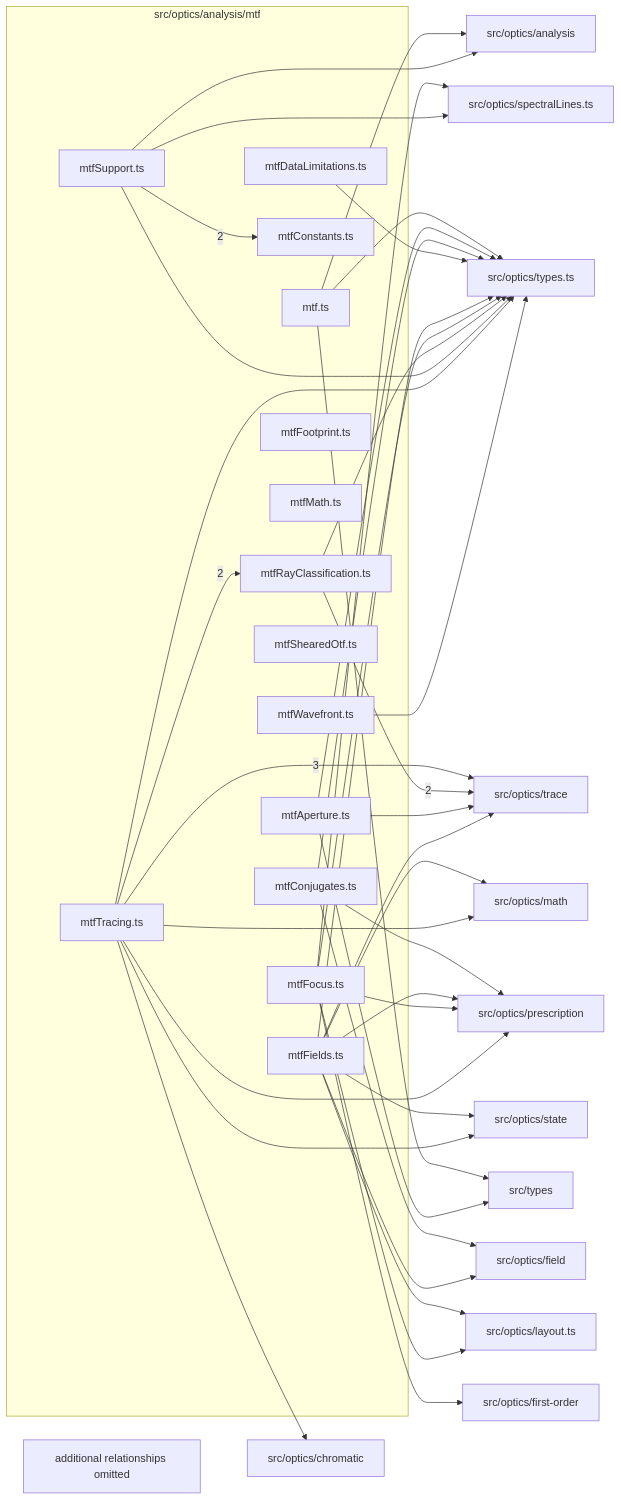
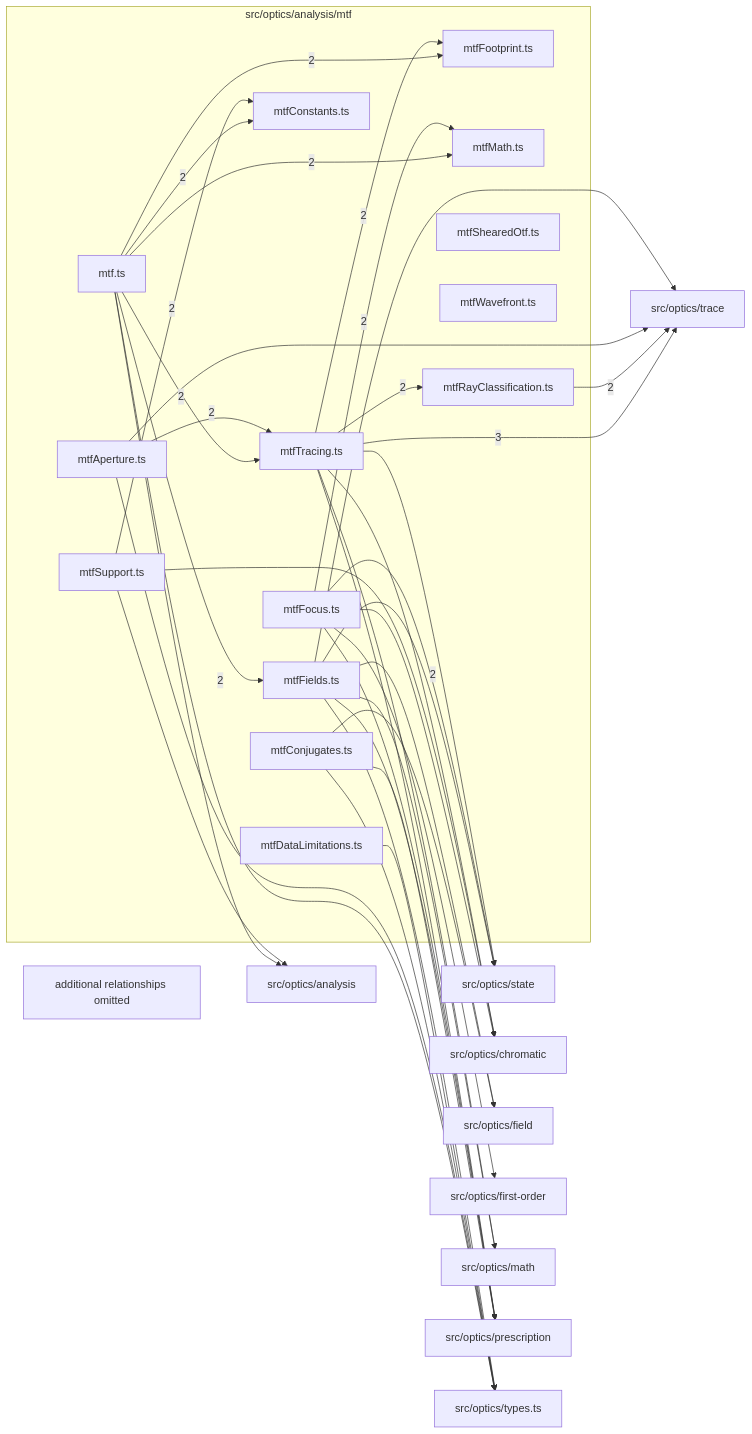
Before and after one commit to ronbuening/LensVisualizer: the diagram in src/optics/analysis/mtf/readme.md, drawn with Mermaid. The commit also changed other lines of this file and 439 other files, not shown here.

````diff
--- a/src/optics/analysis/mtf/readme.md
+++ b/src/optics/analysis/mtf/readme.md
@@ -9,68 +9,65 @@
 ```mermaid
 flowchart LR
   subgraph n_src_optics_analysis_mtf["src/optics/analysis/mtf"]
     n_src_optics_analysis_mtf_src_optics_analysis_mtf_mtf_ts["mtf.ts"]
     n_src_optics_analysis_mtf_src_optics_analysis_mtf_mtfAperture_ts["mtfAperture.ts"]
     n_src_optics_analysis_mtf_src_optics_analysis_mtf_mtfConjugates_ts["mtfConjugates.ts"]
     n_src_optics_analysis_mtf_src_optics_analysis_mtf_mtfConstants_ts["mtfConstants.ts"]
     n_src_optics_analysis_mtf_src_optics_analysis_mtf_mtfDataLimitations_ts["mtfDataLimitations.ts"]
     n_src_optics_analysis_mtf_src_optics_analysis_mtf_mtfFields_ts["mtfFields.ts"]
     n_src_optics_analysis_mtf_src_optics_analysis_mtf_mtfFocus_ts["mtfFocus.ts"]
     n_src_optics_analysis_mtf_src_optics_analysis_mtf_mtfFootprint_ts["mtfFootprint.ts"]
     n_src_optics_analysis_mtf_src_optics_analysis_mtf_mtfMath_ts["mtfMath.ts"]
     n_src_optics_analysis_mtf_src_optics_analysis_mtf_mtfRayClassification_ts["mtfRayClassification.ts"]
     n_src_optics_analysis_mtf_src_optics_analysis_mtf_mtfShearedOtf_ts["mtfShearedOtf.ts"]
     n_src_optics_analysis_mtf_src_optics_analysis_mtf_mtfSupport_ts["mtfSupport.ts"]
     n_src_optics_analysis_mtf_src_optics_analysis_mtf_mtfTracing_ts["mtfTracing.ts"]
     n_src_optics_analysis_mtf_src_optics_analysis_mtf_mtfWavefront_ts["mtfWavefront.ts"]
   end
   n_external_src_optics_trace["src/optics/trace"]
+  n_external_src_optics_state["src/optics/state"]
   n_external_src_optics_analysis["src/optics/analysis"]
   n_external_src_optics_chromatic["src/optics/chromatic"]
   n_external_src_optics_field["src/optics/field"]
   n_external_src_optics_first_order["src/optics/first-order"]
-  n_external_src_optics_layout_ts["src/optics/layout.ts"]
   n_external_src_optics_math["src/optics/math"]
   n_external_src_optics_prescription["src/optics/prescription"]
-  n_external_src_optics_spectralLines_ts["src/optics/spectralLines.ts"]
-  n_external_src_optics_state["src/optics/state"]
   n_external_src_optics_types_ts["src/optics/types.ts"]
-  n_external_src_types["src/types"]
   n_src_optics_analysis_mtf_src_optics_analysis_mtf_mtfTracing_ts --> |3| n_external_src_optics_trace
+  n_src_optics_analysis_mtf_src_optics_analysis_mtf_mtfFields_ts --> |2| n_external_src_optics_state
   n_src_optics_analysis_mtf_src_optics_analysis_mtf_mtfRayClassification_ts --> |2| n_external_src_optics_trace
+  n_src_optics_analysis_mtf_src_optics_analysis_mtf_mtf_ts --> |2| n_src_optics_analysis_mtf_src_optics_analysis_mtf_mtfConstants_ts
   n_src_optics_analysis_mtf_src_optics_analysis_mtf_mtfSupport_ts --> |2| n_src_optics_analysis_mtf_src_optics_analysis_mtf_mtfConstants_ts
+  n_src_optics_analysis_mtf_src_optics_analysis_mtf_mtf_ts --> |2| n_src_optics_analysis_mtf_src_optics_analysis_mtf_mtfFields_ts
+  n_src_optics_analysis_mtf_src_optics_analysis_mtf_mtf_ts --> |2| n_src_optics_analysis_mtf_src_optics_analysis_mtf_mtfFootprint_ts
+  n_src_optics_analysis_mtf_src_optics_analysis_mtf_mtfTracing_ts --> |2| n_src_optics_analysis_mtf_src_optics_analysis_mtf_mtfFootprint_ts
+  n_src_optics_analysis_mtf_src_optics_analysis_mtf_mtf_ts --> |2| n_src_optics_analysis_mtf_src_optics_analysis_mtf_mtfMath_ts
+  n_src_optics_analysis_mtf_src_optics_analysis_mtf_mtfFocus_ts --> |2| n_src_optics_analysis_mtf_src_optics_analysis_mtf_mtfMath_ts
   n_src_optics_analysis_mtf_src_optics_analysis_mtf_mtfTracing_ts --> |2| n_src_optics_analysis_mtf_src_optics_analysis_mtf_mtfRayClassification_ts
+  n_src_optics_analysis_mtf_src_optics_analysis_mtf_mtf_ts --> |2| n_src_optics_analysis_mtf_src_optics_analysis_mtf_mtfTracing_ts
+  n_src_optics_analysis_mtf_src_optics_analysis_mtf_mtfAperture_ts --> |2| n_src_optics_analysis_mtf_src_optics_analysis_mtf_mtfTracing_ts
   n_src_optics_analysis_mtf_src_optics_analysis_mtf_mtf_ts --> n_external_src_optics_analysis
   n_src_optics_analysis_mtf_src_optics_analysis_mtf_mtfSupport_ts --> n_external_src_optics_analysis
+  n_src_optics_analysis_mtf_src_optics_analysis_mtf_mtfFocus_ts --> n_external_src_optics_chromatic
+  n_src_optics_analysis_mtf_src_optics_analysis_mtf_mtfSupport_ts --> n_external_src_optics_chromatic
   n_src_optics_analysis_mtf_src_optics_analysis_mtf_mtfTracing_ts --> n_external_src_optics_chromatic
   n_src_optics_analysis_mtf_src_optics_analysis_mtf_mtfConjugates_ts --> n_external_src_optics_field
   n_src_optics_analysis_mtf_src_optics_analysis_mtf_mtfFields_ts --> n_external_src_optics_field
   n_src_optics_analysis_mtf_src_optics_analysis_mtf_mtfFocus_ts --> n_external_src_optics_first_order
-  n_src_optics_analysis_mtf_src_optics_analysis_mtf_mtfFields_ts --> n_external_src_optics_layout_ts
-  n_src_optics_analysis_mtf_src_optics_analysis_mtf_mtfFocus_ts --> n_external_src_optics_layout_ts
   n_src_optics_analysis_mtf_src_optics_analysis_mtf_mtfFields_ts --> n_external_src_optics_math
   n_src_optics_analysis_mtf_src_optics_analysis_mtf_mtfTracing_ts --> n_external_src_optics_math
   n_src_optics_analysis_mtf_src_optics_analysis_mtf_mtfConjugates_ts --> n_external_src_optics_prescription
   n_src_optics_analysis_mtf_src_optics_analysis_mtf_mtfFields_ts --> n_external_src_optics_prescription
   n_src_optics_analysis_mtf_src_optics_analysis_mtf_mtfFocus_ts --> n_external_src_optics_prescription
   n_src_optics_analysis_mtf_src_optics_analysis_mtf_mtfTracing_ts --> n_external_src_optics_prescription
-  n_src_optics_analysis_mtf_src_optics_analysis_mtf_mtfFocus_ts --> n_external_src_optics_spectralLines_ts
-  n_src_optics_analysis_mtf_src_optics_analysis_mtf_mtfSupport_ts --> n_external_src_optics_spectralLines_ts
-  n_src_optics_analysis_mtf_src_optics_analysis_mtf_mtfFields_ts --> n_external_src_optics_state
+  n_src_optics_analysis_mtf_src_optics_analysis_mtf_mtfFocus_ts --> n_external_src_optics_state
   n_src_optics_analysis_mtf_src_optics_analysis_mtf_mtfTracing_ts --> n_external_src_optics_state
   n_src_optics_analysis_mtf_src_optics_analysis_mtf_mtfAperture_ts --> n_external_src_optics_trace
   n_src_optics_analysis_mtf_src_optics_analysis_mtf_mtfFields_ts --> n_external_src_optics_trace
   n_src_optics_analysis_mtf_src_optics_analysis_mtf_mtf_ts --> n_external_src_optics_types_ts
   n_src_optics_analysis_mtf_src_optics_analysis_mtf_mtfAperture_ts --> n_external_src_optics_types_ts
   n_src_optics_analysis_mtf_src_optics_analysis_mtf_mtfConjugates_ts --> n_external_src_optics_types_ts
   n_src_optics_analysis_mtf_src_optics_analysis_mtf_mtfDataLimitations_ts --> n_external_src_optics_types_ts
   n_src_optics_analysis_mtf_src_optics_analysis_mtf_mtfFields_ts --> n_external_src_optics_types_ts
-  n_src_optics_analysis_mtf_src_optics_analysis_mtf_mtfFocus_ts --> n_external_src_optics_types_ts
-  n_src_optics_analysis_mtf_src_optics_analysis_mtf_mtfRayClassification_ts --> n_external_src_optics_types_ts
-  n_src_optics_analysis_mtf_src_optics_analysis_mtf_mtfSupport_ts --> n_external_src_optics_types_ts
-  n_src_optics_analysis_mtf_src_optics_analysis_mtf_mtfTracing_ts --> n_external_src_optics_types_ts
-  n_src_optics_analysis_mtf_src_optics_analysis_mtf_mtfWavefront_ts --> n_external_src_optics_types_ts
-  n_src_optics_analysis_mtf_src_optics_analysis_mtf_mtf_ts --> n_external_src_types
-  n_src_optics_analysis_mtf_src_optics_analysis_mtf_mtfAperture_ts --> n_external_src_types
   n_src_optics_analysis_mtf_truncated["additional relationships omitted"]
 ```
````
